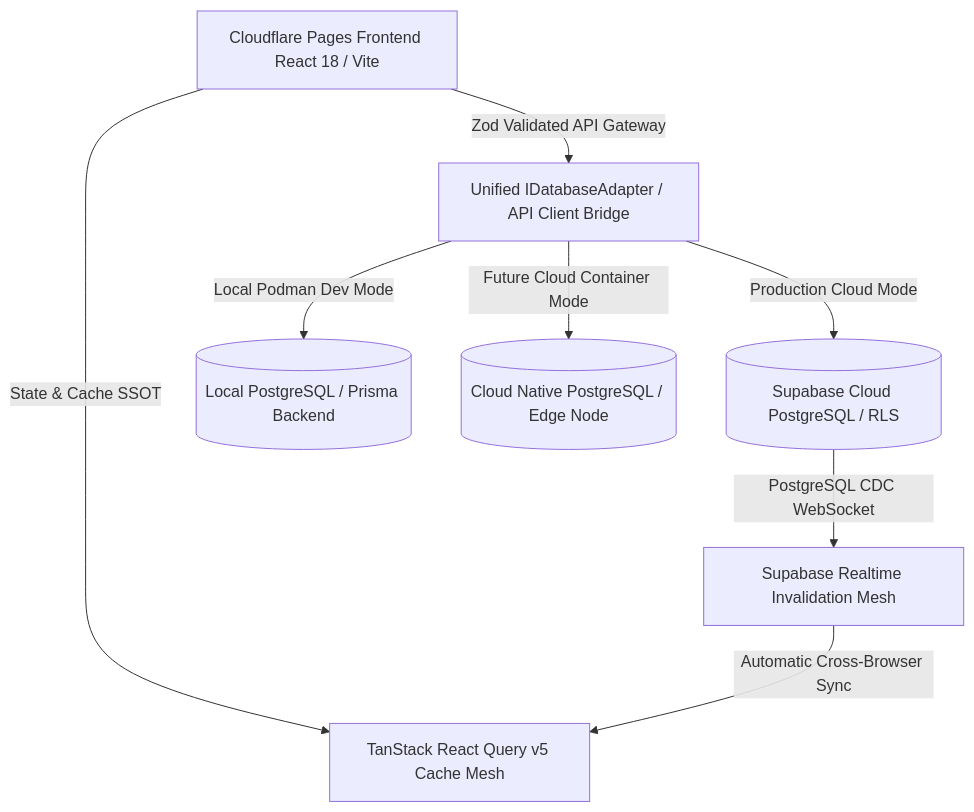
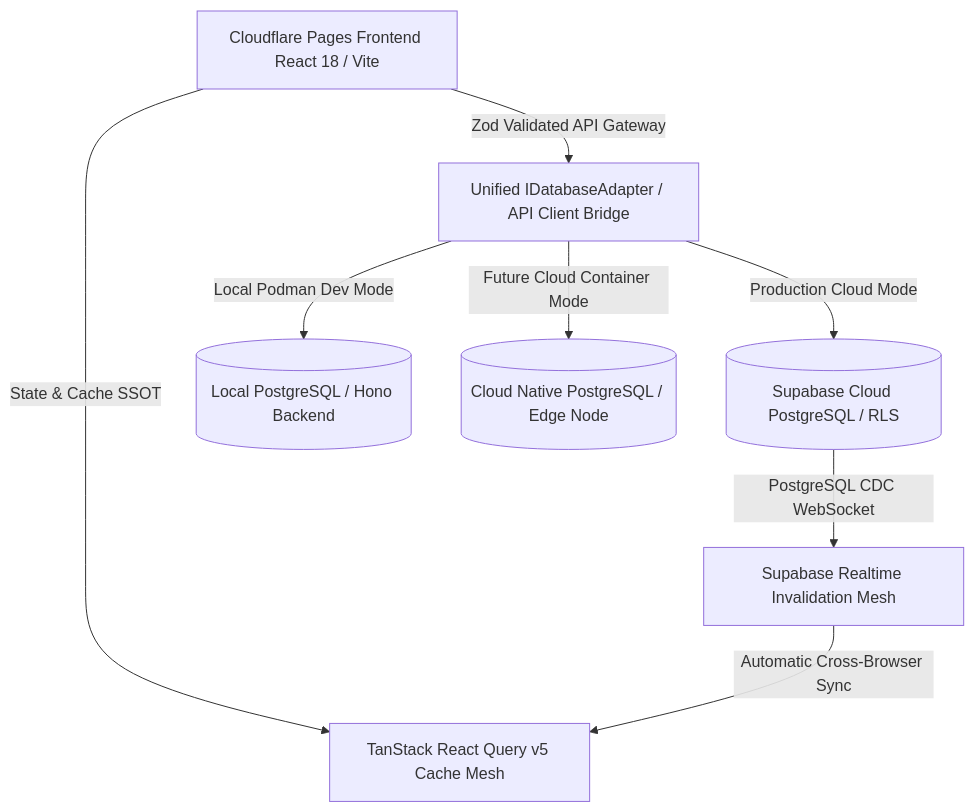
One commit to datastock2025-prog/SP-PLASTECH changed the diagram in MIGRATION_PLAN_16_MODULES.md. Above: the diagram before and after it, drawn with Mermaid. The commit also changed other lines of this file and 20 other files, not shown here.

````diff
--- a/MIGRATION_PLAN_16_MODULES.md
+++ b/MIGRATION_PLAN_16_MODULES.md
@@ -14,10 +14,10 @@
 ```mermaid
 graph TD
     A[Cloudflare Pages Frontend React 18 / Vite] -->|Zod Validated API Gateway| B[Unified IDatabaseAdapter / API Client Bridge]
     B -->|Production Cloud Mode| C[(Supabase Cloud PostgreSQL / RLS)]
-    B -->|Local Podman Dev Mode| D[(Local PostgreSQL / Prisma Backend)]
+    B -->|Local Podman Dev Mode| D[(Local PostgreSQL / Hono Backend)]
     B -->|Future Cloud Container Mode| E[(Cloud Native PostgreSQL / Edge Node)]
     A -->|State & Cache SSOT| F[TanStack React Query v5 Cache Mesh]
     C -->|PostgreSQL CDC WebSocket| G[Supabase Realtime Invalidation Mesh]
     G -->|Automatic Cross-Browser Sync| F
 ```
````
